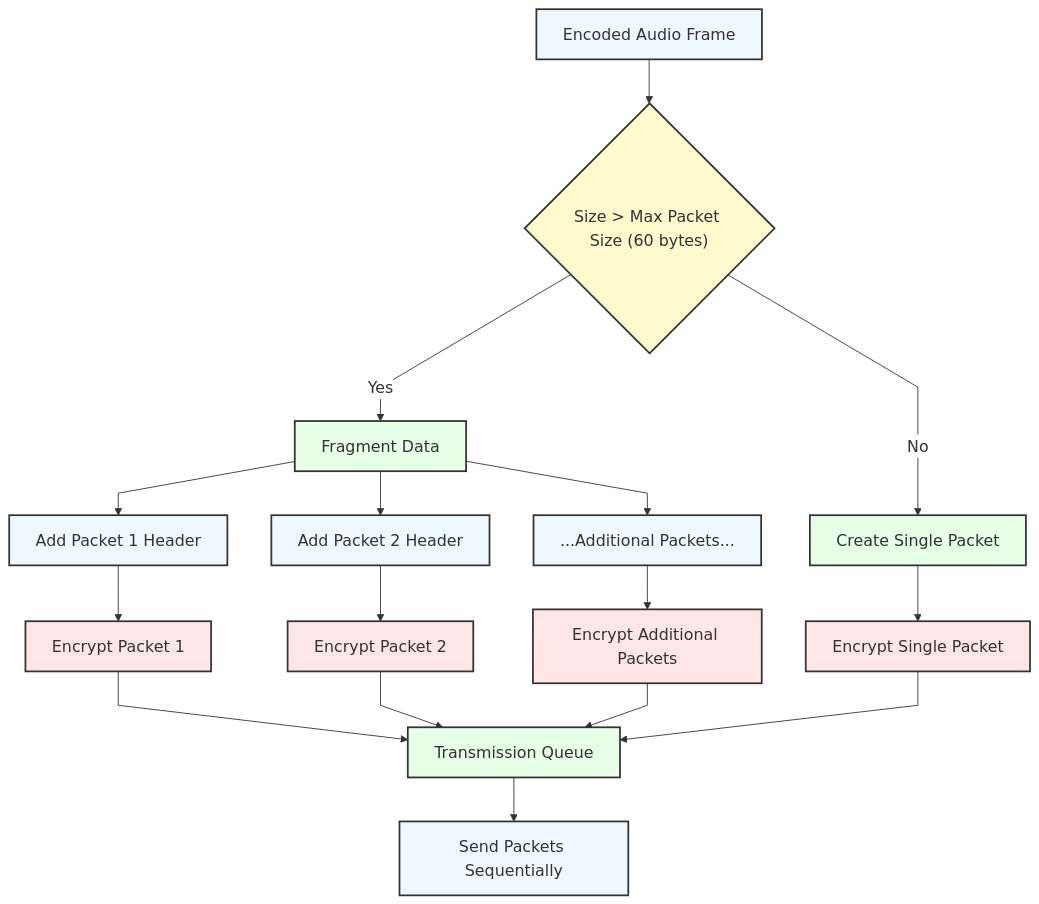
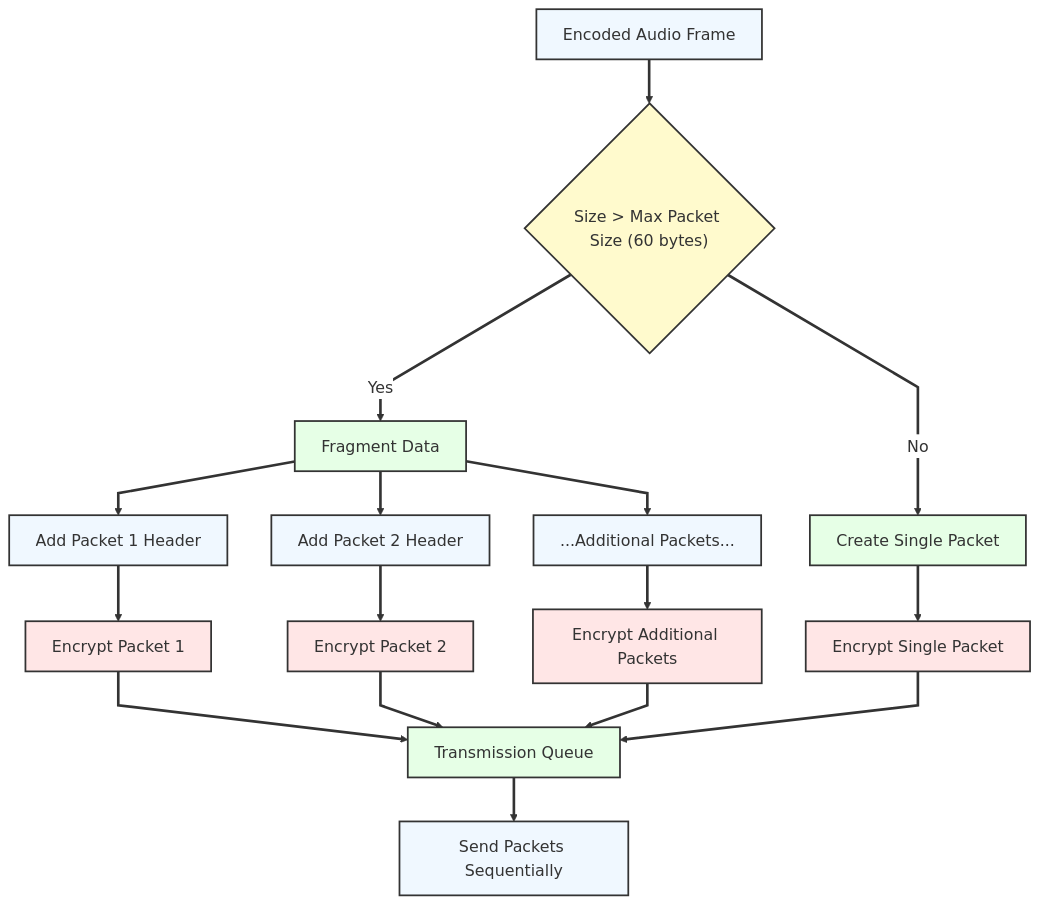
The third of 4 diagrams in docs/design_flow_diagrams.md (adamzoiss/senior-design-312), drawn with Mermaid before and after one commit. The commit also changed other lines of this file and 33 other files, not shown here.

````diff
--- a/docs/design_flow_diagrams.md
+++ b/docs/design_flow_diagrams.md
@@ -31,35 +63,38 @@
 ```mermaid
 %%{init: {'theme': 'default', 'themeVariables': { 'fontSize': '18px', 'fontFamily': 'arial', 'edgeLabelBackground':'#ffffff'}, 'flowchart': {'diagramPadding': 40, 'curve': 'linear'}} }%%
 flowchart TB
+    %% Increase arrow thickness
+    linkStyle default stroke-width:3px;
+    
     audioFrame["Encoded Audio Frame"] --> sizeCheck{"Size > Max Packet Size (60 bytes)"}
     
     sizeCheck -->|"No"| singlePacket["Create Single Packet"]
     sizeCheck -->|"Yes"| fragment["Fragment Data"]
     
     fragment --> packetHeader1["Add Packet 1 Header"]
     fragment --> packetHeader2["Add Packet 2 Header"]
     fragment --> morePackets["...Additional Packets..."]
     
     packetHeader1 --> encrypt1["Encrypt Packet 1"]
     packetHeader2 --> encrypt2["Encrypt Packet 2"] 
     morePackets --> encryptMore["Encrypt Additional Packets"]
     
     singlePacket --> encryptSingle["Encrypt Single Packet"]
     
     encrypt1 --> txQueue["Transmission Queue"]
     encrypt2 --> txQueue
     encryptMore --> txQueue
     encryptSingle --> txQueue
     
     txQueue --> send["Send Packets Sequentially"]
     
     
     classDef default fill:#f0f8ff,stroke:#333,stroke-width:2px;
     classDef decision fill:#fffacd,stroke:#333,stroke-width:2px;
     classDef process fill:#e6ffe6,stroke:#333,stroke-width:2px;
     classDef encrypt fill:#ffe6e6,stroke:#333,stroke-width:2px;
     
     class sizeCheck decision;
     class encrypt1,encrypt2,encryptMore,encryptSingle encrypt;
     class fragment,singlePacket,txQueue process;
 ```
````
